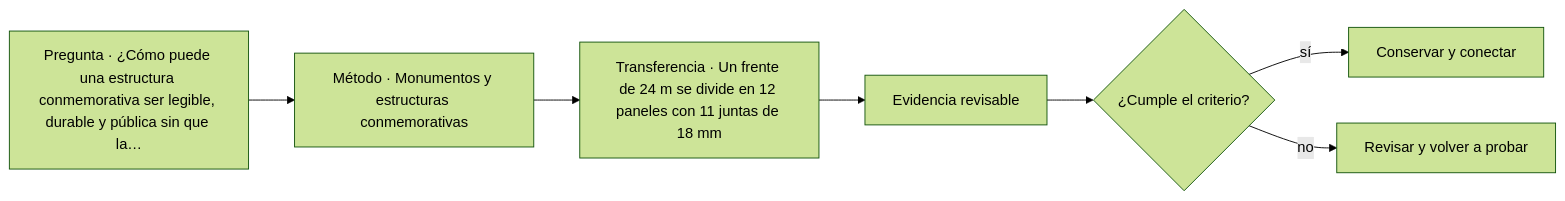
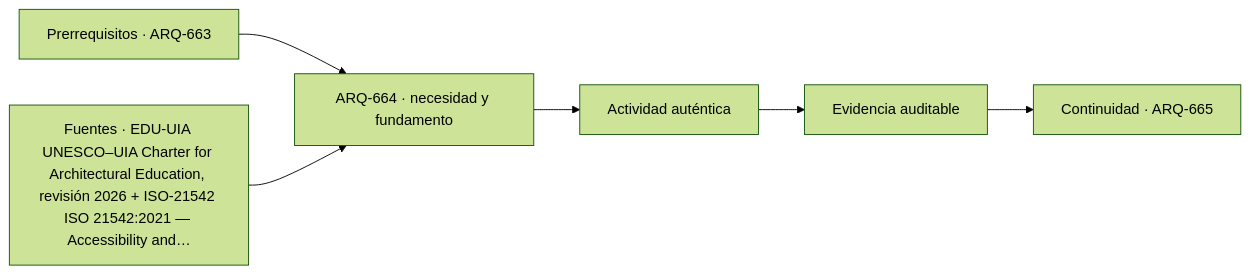
One commit to vladimiracunadev-create/architecture-built-environment-learning-program changed the diagram in classes/parte-67/ARQ-664.md. Above: the diagram before and after it, drawn with Mermaid (forest theme). The commit also changed other lines of this file and 761 other files, not shown here.

````diff
--- a/classes/parte-67/ARQ-664.md
+++ b/classes/parte-67/ARQ-664.md
@@ -68,9 +80,8 @@
 ```mermaid
 flowchart LR
-    Q["Pregunta · ¿Cómo puede una estructura conmemorativa ser legible, durable y pública sin que la…"] --> M["Método · Monumentos y estructuras conmemorativas"]
-    M --> P["Transferencia · Un frente de 24 m se divide en 12 paneles con 11 juntas de 18 mm"]
-    P --> E["Evidencia revisable"]
-    E --> C{"¿Cumple el criterio?"}
-    C -->|sí| T["Conservar y conectar"]
-    C -->|no| R["Revisar y volver a probar"]
+    A["Prerrequisitos · ARQ-663"] --> B["ARQ-664 · necesidad y fundamento"]
+    S["Fuentes · EDU-UIA UNESCO–UIA Charter for Architectural Education, revisión 2026 + ISO-21542 ISO 21542:2021 — Accessibility and…"] --> B
+    B --> C["Actividad auténtica"]
+    C --> D["Evidencia auditable"]
+    D --> E["Continuidad · ARQ-665"]
 ```
````
